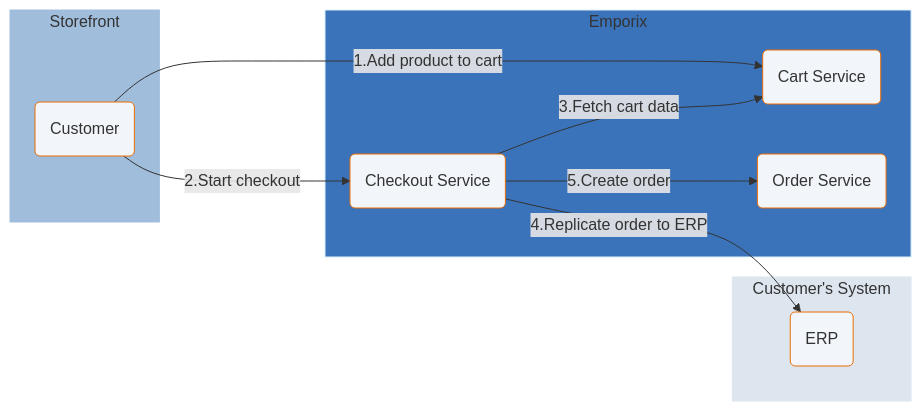
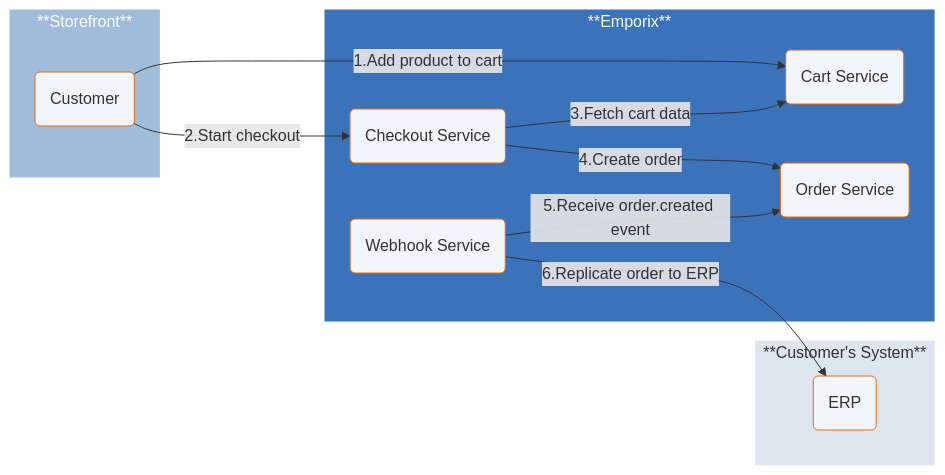
One commit to emporix/api-references changed the diagram in orders/order/order_async.mmd. Above: the diagram before and after it, drawn with Mermaid. The commit also changed 8 other files, not shown here.

Commit message:
COP-3102 Diagrams updates

```diff
--- a/orders/order/order_async.mmd
+++ b/orders/order/order_async.mmd
@@ -1,41 +1,46 @@
 ---
 config:
   layout: fixed
   theme: default
   look: classic
-  font-family: Lato, sans-serif;
 ---
 flowchart LR
- subgraph subGraph0["Storefront"]
+ subgraph subGraph0["**Storefront**"]
         A["Customer"]
   end
- subgraph subGraph1["Emporix"]
+ subgraph subGraph1["**Emporix**"]
         CS["Cart Service"]
         CHK["Checkout Service"]
         OS["Order Service"]
+        WS["Webhook Service"]
   end
- subgraph subGraph2["Customer's System"]
+ subgraph subGraph2["**Customer's System**"]
         ERP["ERP"]
   end
     A -- "1.Add product to cart" --> CS
     A -- "2.Start checkout" --> CHK
     CHK -- "3.Fetch cart data" --> CS
-    CHK -- "4.Replicate order to ERP" --> ERP
-    CHK -- "5.Create order" --> OS
+    CHK -- "4.Create order" --> OS
+    WS -- "5.Receive order.created event" --> OS
+    WS -- "6.Replicate order to ERP" --> ERP
     A@{ shape: rounded}
     CS@{ shape: rounded}
     CHK@{ shape: rounded}
     OS@{ shape: rounded}
     ERP@{ shape: rounded}
+    WS@{ shape: rounded}
      A:::Class_04
      CS:::Class_04
      CHK:::Class_04
+     OS:::Class_04
+     WS:::Class_04
      ERP:::Class_04
-     OS:::Class_04
      subGraph1:::Class_03
      subGraph0:::Class_01
      subGraph2:::Class_02
     classDef Class_02 stroke-width:1px, stroke-dasharray: 0, stroke:#DDE6EE, fill:#DDE6EE
     classDef Class_01 stroke-width:1px, stroke-dasharray: 0, stroke:#A1BDDC, fill:#A1BDDC
-    classDef Class_03 stroke-width:1px, stroke-dasharray: 0, stroke:#DBF1FE, fill:#3b73bb
+    classDef Class_03 stroke-width:1px, stroke-dasharray: 0, stroke:#3b73bb, fill:#3b73bb
     classDef Class_04 fill:#F2F6FA, stroke:#E86C07
+    style subGraph0 color:#FFFFFF
+    style subGraph1 color:#FFFFFF
```
